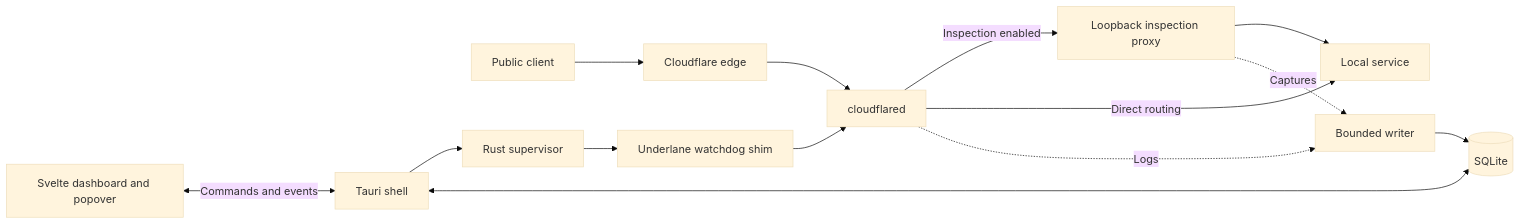
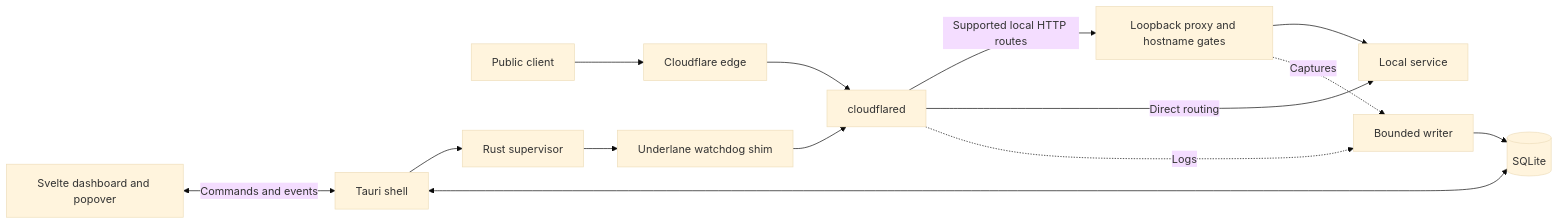
One commit to davidsonsns/underlane changed the diagram in ARCHITECTURE.md. Above: the diagram before and after it, drawn with Mermaid (base theme). The commit also changed other lines of this file and 53 other files, not shown here.

````diff
--- a/ARCHITECTURE.md
+++ b/ARCHITECTURE.md
@@ -9,16 +9,16 @@
 ```mermaid
 flowchart LR
     Client[Public client] --> Edge[Cloudflare edge]
     Edge --> Connector[cloudflared]
-    Connector -->|Inspection enabled| Proxy[Loopback inspection proxy]
+    Connector -->|Supported local HTTP routes| Proxy[Loopback proxy and hostname gates]
     Proxy --> Origin[Local service]
     Connector -->|Direct routing| Origin
     UI[Svelte dashboard and popover] <-->|Commands and events| Shell[Tauri shell]
     Shell --> Supervisor[Rust supervisor]
     Supervisor --> Shim[Underlane watchdog shim]
     Shim --> Connector
     Connector -. Logs .-> Writer[Bounded writer]
     Proxy -. Captures .-> Writer
     Writer --> DB[(SQLite)]
     Shell <--> DB
 ```
````
